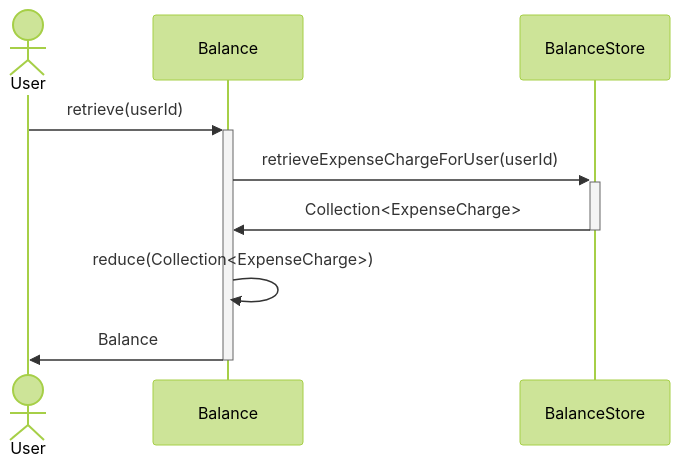
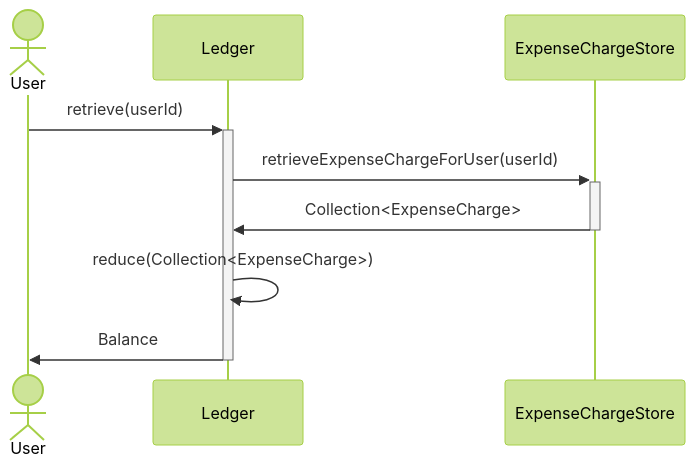
The third of 4 diagrams in README.md (Cirius1792/expense-app-v3), drawn with Mermaid (forest theme) before and after one commit. The commit also changed other lines of this file and 10 other files, not shown here.

Commit message:
Refactoring ExpenseCharge

````diff
--- a/README.md
+++ b/README.md
@@ -28,9 +30,9 @@
 ```mermaid
 sequenceDiagram
     actor User
-    User ->>+ Balance: retrieve(userId)
-    Balance ->>+ BalanceStore: retrieveExpenseChargeForUser(userId)
-    BalanceStore ->>- Balance: Collection<ExpenseCharge>
-    Balance ->> Balance: reduce(Collection<ExpenseCharge>)
-    Balance ->>- User: Balance
+    User ->>+ Ledger: retrieve(userId)
+    Ledger ->>+ ExpenseChargeStore: retrieveExpenseChargeForUser(userId)
+    ExpenseChargeStore ->>- Ledger: Collection<ExpenseCharge>
+    Ledger ->> Ledger: reduce(Collection<ExpenseCharge>)
+    Ledger ->>- User: Balance
 ```
````
